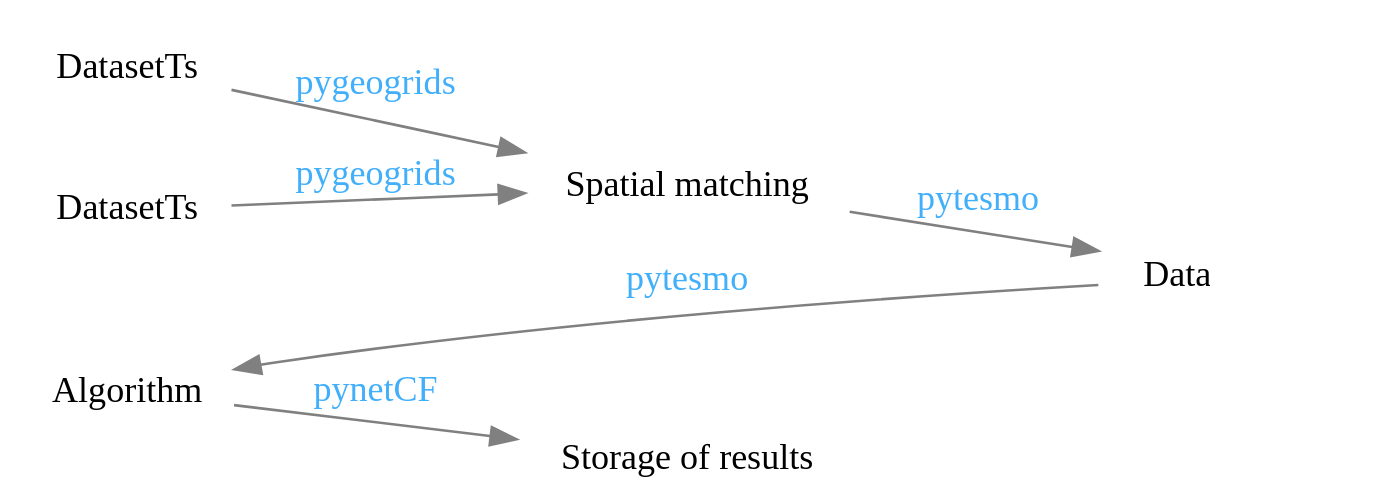
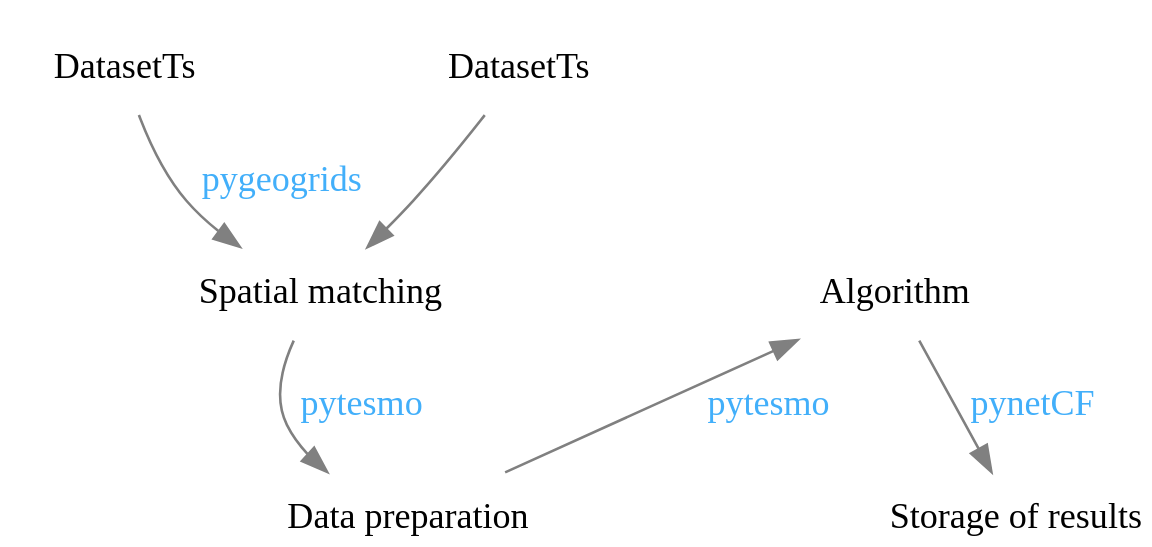
The fifth of 5 diagrams in index.org (cpaulik/2015-eoscience2.0), drawn with Graphviz before and after one commit. The commit also changed other lines of this file and 3 other files, not shown here.

Commit message:
Change flow diagrams to fit on one PDF page

```diff
--- a/index.org
+++ b/index.org
@@ -348,24 +352,26 @@
 #+begin_src dot :file ./img/workflow-packages.svg :cmdline -Kdot -Tsvg
 digraph G {
                 resolution=100
-                rankdir=LR
+                rankdir=UD
                 bgcolor=Transparent
                 fontcolor=White
+                nodesep=1.0
                 
                 node [style="filled", color=White, fontname="Hack" ,shape=box] //All nodes will this shape and colour
                 edge [color=Gray fontname="Hack" fontcolor="#42affa"] //All the lines look like this
                 
                 data [label="DatasetTs" shape=Mrecord]
                 data1 [label="DatasetTs" shape=Mrecord]
                 spatial [label="Spatial matching"]
                 dataprep [label="Data preparation"]
                 algo [label="Algorithm"]
                 store [label="Storage of results" shape=Mrecord]
 
-                {data1 data}->spatial [label="pygeogrids"]
+                {data1}->spatial 
+                {data}->spatial [label="pygeogrids"]
                 spatial->dataprep [label="pytesmo"]
                 dataprep->algo [label="pytesmo"]
                 algo->store [label="pynetCF"]
-                {rank=same; data algo}
+                {rank=same; spatial algo}
 }
 #+end_src
```
